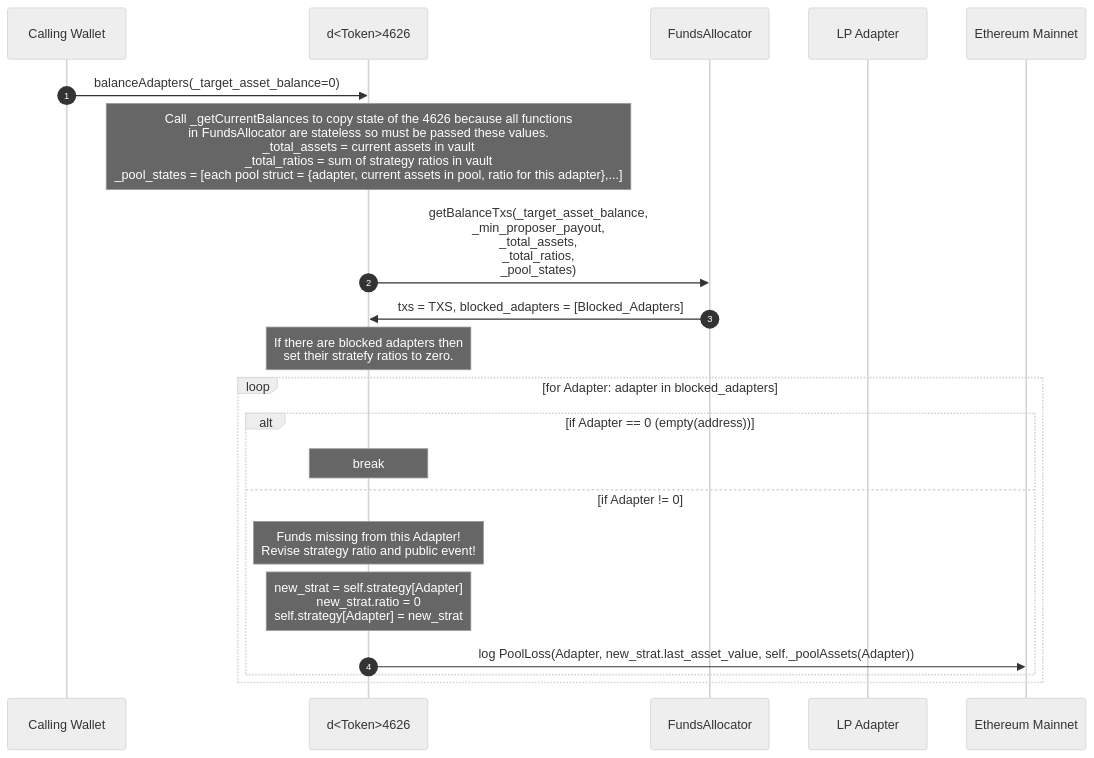
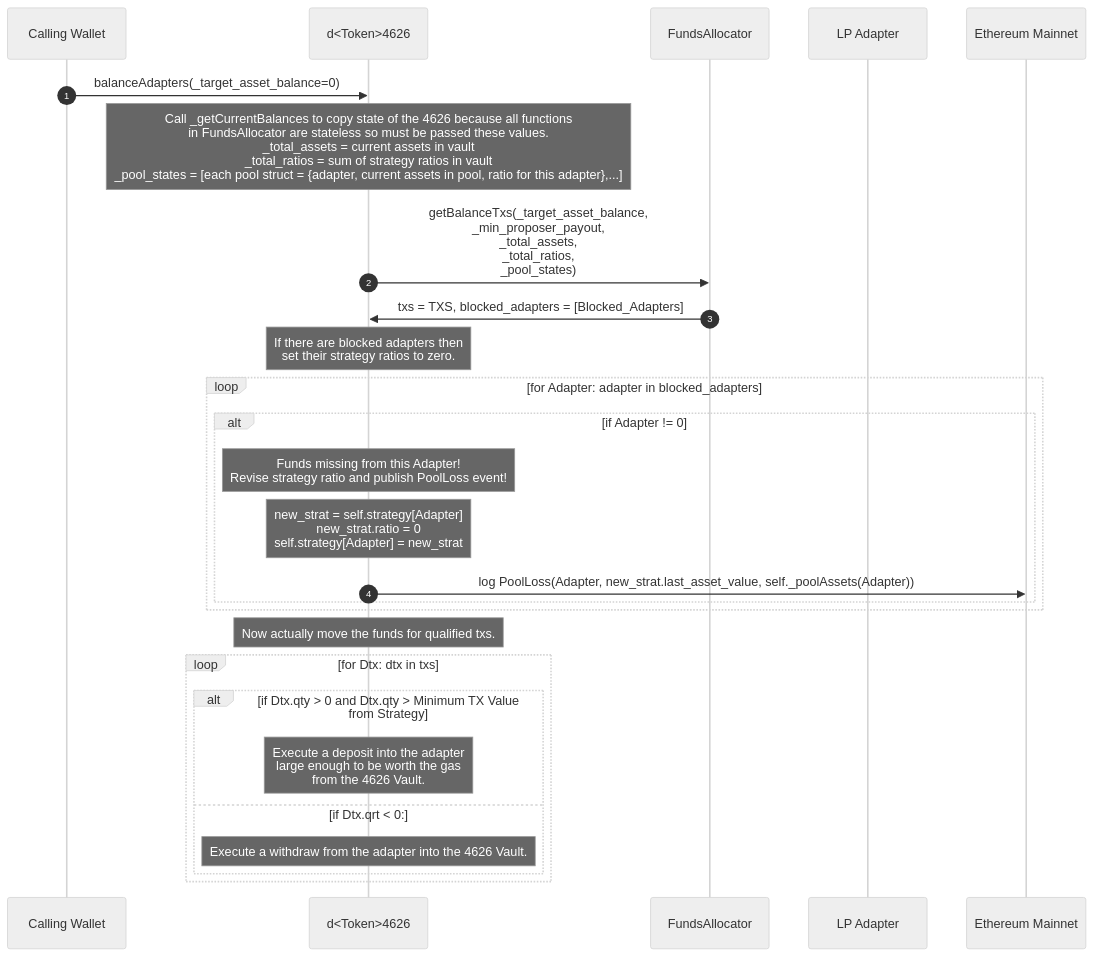
Before and after one commit to DynamoFinance/vault: the second of 3 diagrams in docs/Dynamo4626.md, drawn with Mermaid (neutral theme).

Commit message:
4626 handling of moving funds done. Now document FundsAllocator actions.

````diff
--- a/docs/Dynamo4626.md
+++ b/docs/Dynamo4626.md
@@ -105,31 +105,40 @@
 ```mermaid
 sequenceDiagram 
 
     participant user as Calling Wallet
     participant a4626 as d<Token>4626
     participant fund as FundsAllocator
     participant lpa as LP Adapter
     participant eth as Ethereum Mainnet
 
     autonumber
 
     user->>a4626: balanceAdapters(_target_asset_balance=0)
 
     Note over a4626:Call _getCurrentBalances to copy state of the 4626 because all functions<br>in FundsAllocator are stateless so must be passed these values.<br>_total_assets = current assets in vault<br>_total_ratios = sum of strategy ratios in vault<br>_pool_states = [each pool struct = {adapter, current assets in pool, ratio for this adapter},...]
 
     a4626->>fund: getBalanceTxs(_target_asset_balance,<br>_min_proposer_payout,<br>_total_assets,<br>_total_ratios,<br>_pool_states)
 
     fund->>a4626: txs = TXS, blocked_adapters = [Blocked_Adapters]
 
-    Note over a4626: If there are blocked adapters then<br>set their stratefy ratios to zero.
+    Note over a4626: If there are blocked adapters then<br>set their strategy ratios to zero.
 
     loop for Adapter: adapter in blocked_adapters
-        alt if Adapter == 0 (empty(address))
-            note over a4626: break
-        else if Adapter != 0
-            Note over a4626: Funds missing from this Adapter!<br>Revise strategy ratio and public event!
+        alt if Adapter != 0
+            Note over a4626: Funds missing from this Adapter!<br>Revise strategy ratio and publish PoolLoss event!
             Note over a4626: new_strat = self.strategy[Adapter]<br>new_strat.ratio = 0<br>self.strategy[Adapter] = new_strat
             a4626->>eth: log PoolLoss(Adapter, new_strat.last_asset_value, self._poolAssets(Adapter))
         end
     end
+
+    Note over a4626: Now actually move the funds for qualified txs.
+
+    loop for Dtx: dtx in txs
+        alt if Dtx.qty > 0 and Dtx.qty > Minimum TX Value from Strategy
+            Note over a4626: Execute a deposit into the adapter<br>large enough to be worth the gas<br>from the 4626 Vault.
+
+        else if Dtx.qrt < 0:
+            Note over a4626: Execute a withdraw from the adapter into the 4626 Vault.
+        end
+    end
 ```    
````
